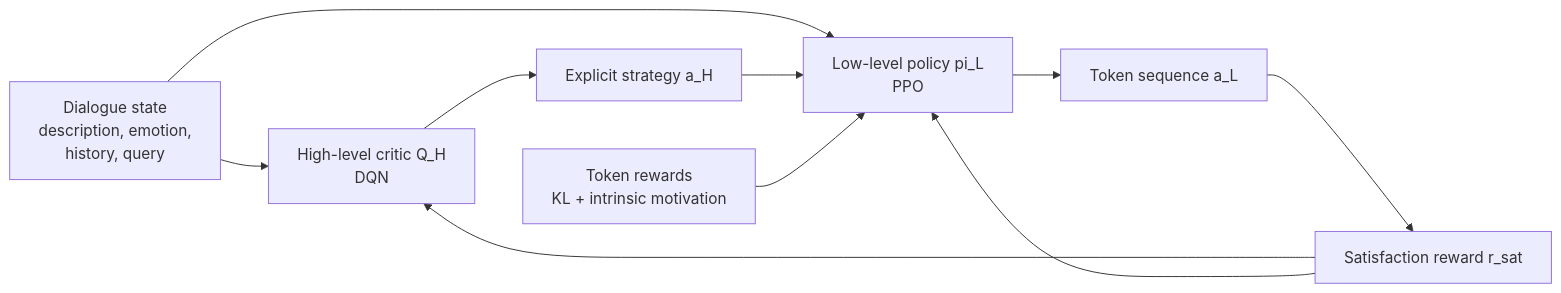
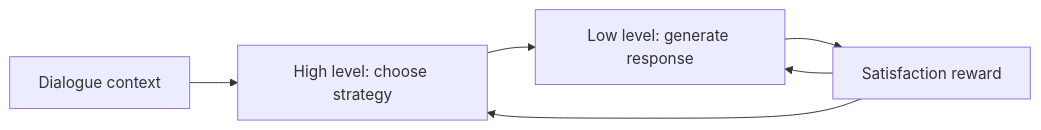
One commit to AaronJi/ToSCA changed the diagram in README.md. Above: the diagram before and after it, drawn with Mermaid. The commit also changed other lines of this file, not shown here.

````diff
--- a/README.md
+++ b/README.md
@@ -51,18 +37,8 @@
 ```mermaid
 flowchart LR
-    S[Dialogue state<br/>description, emotion,<br/>history, query]
-    QH[High-level critic Q_H<br/>DQN]
-    AH[Explicit strategy a_H]
-    PL[Low-level policy pi_L<br/>PPO]
-    AL[Token sequence a_L]
-    SAT[Satisfaction reward r_sat]
-    AUX[Token rewards<br/>KL + intrinsic motivation]
-
-    S --> QH --> AH
-    S --> PL
-    AH --> PL --> AL
-    AL --> SAT
-    SAT --> QH
-    SAT --> PL
-    AUX --> PL
+    S[Dialogue context] --> H[High level: choose strategy]
+    H --> L[Low level: generate response]
+    L --> R[Satisfaction reward]
+    R --> H
+    R --> L
 ```
````
